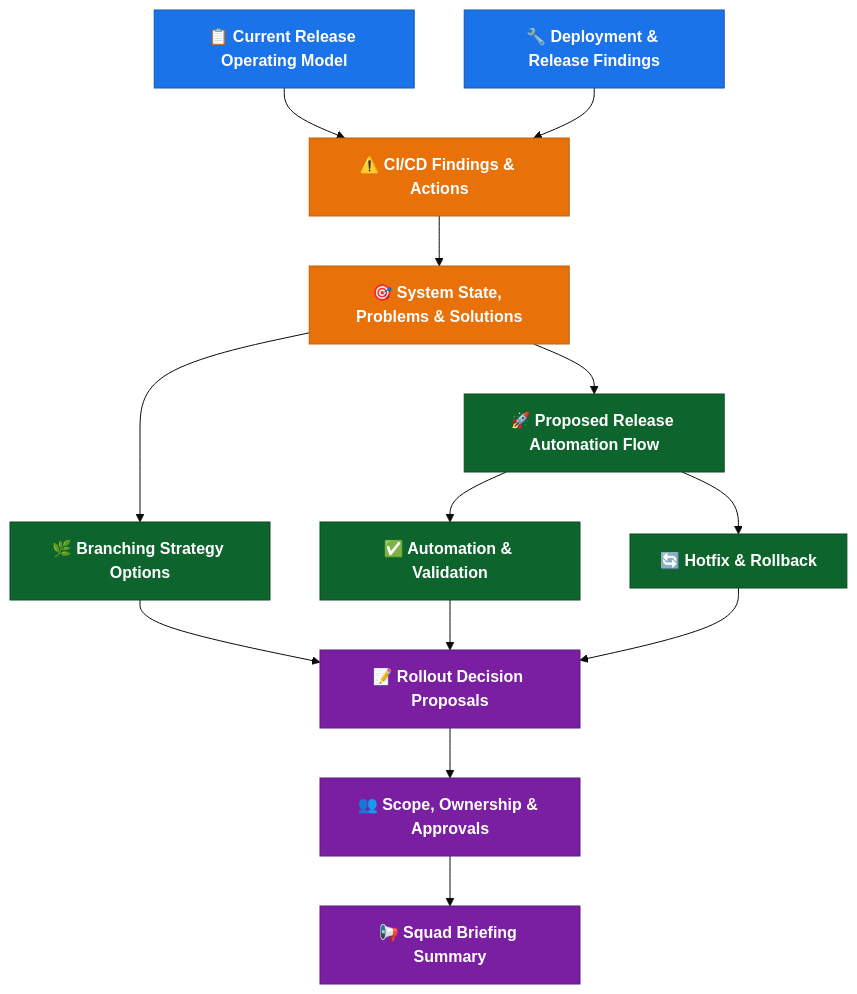
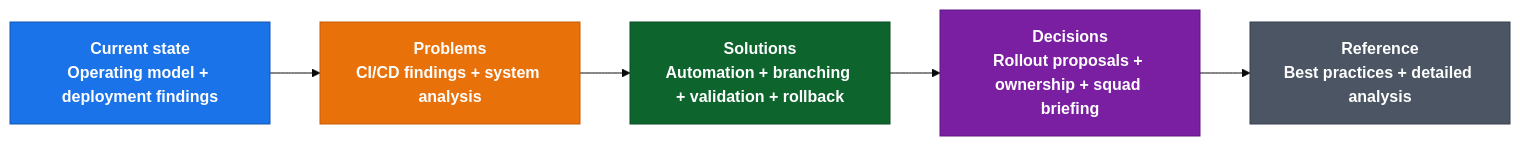
Before and after one commit to benanaktaspusulait/branching-strategy: the diagram in README.md, drawn with Mermaid. The commit also changed other lines of this file, not shown here.

Commit message:
"Remove outdated pre-meeting brief and process summary documents."

````diff
--- a/README.md
+++ b/README.md
@@ -91,36 +91,18 @@
 ```mermaid
 %%{init: {'theme': 'base', 'themeVariables': {'primaryColor': '#4a90d9', 'primaryTextColor': '#fff', 'primaryBorderColor': '#2c6fad', 'secondaryColor': '#f0f4f8', 'tertiaryColor': '#e8f5e9'}}}%%
 
-flowchart TD
-  %% Layer 1
-  A["📋 Current Release Operating Model"]:::current
-  B["🔧 Deployment & Release Findings"]:::current
+flowchart LR
+  A["Current state<br/>Operating model + deployment findings"]:::current
+  B["Problems<br/>CI/CD findings + system analysis"]:::problem
+  C["Solutions<br/>Automation + branching + validation + rollback"]:::solution
+  D["Decisions<br/>Rollout proposals + ownership + squad briefing"]:::decision
+  E["Reference<br/>Best practices + detailed analysis"]:::reference
 
-  %% Layer 2
-  C["⚠️ CI/CD Findings & Actions"]:::problem
-  D["🎯 System State, Problems & Solutions"]:::problem
+  A --> B --> C --> D --> E
 
-  %% Layer 3
-  E["🚀 Proposed Release Automation Flow"]:::solution
-  F["🌿 Branching Strategy Options"]:::solution
-  G["✅ Automation & Validation"]:::solution
-  H["🔄 Hotfix & Rollback"]:::solution
-
-  %% Layer 4
-  I["📝 Rollout Decision Proposals"]:::decision
-  J["👥 Scope, Ownership & Approvals"]:::decision
-  K["📢 Squad Briefing Summary"]:::decision
-
-  %% Relationships
-  A & B --> C --> D
-  D --> E & F
-  E --> G & H
-  F & G & H --> I
-  I --> J --> K
-
-  %% Styles
   classDef current fill:#1a73e8,stroke:#1557b0,color:#fff,font-weight:bold
   classDef problem fill:#e8710a,stroke:#c45d08,color:#fff,font-weight:bold
   classDef solution fill:#0d652d,stroke:#094d22,color:#fff,font-weight:bold
   classDef decision fill:#7b1fa2,stroke:#5c1680,color:#fff,font-weight:bold
+  classDef reference fill:#4b5563,stroke:#374151,color:#fff,font-weight:bold
 ```
````
